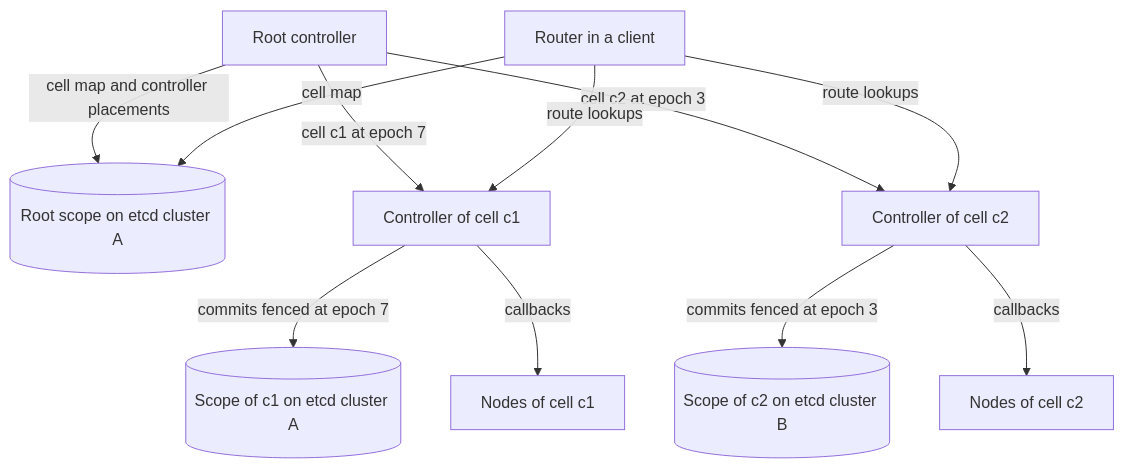
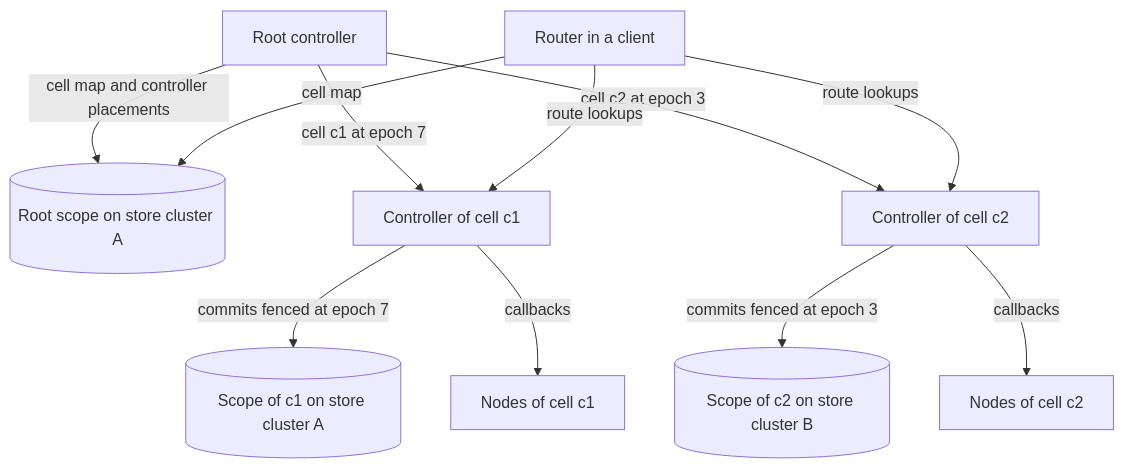
The diagram in docs/rfc/0009-horizontal-scaling-with-cells.md (thesm-os/sharder), drawn with Mermaid before and after one commit. The commit also changed other lines of this file and 8 other files, not shown here.

````diff
--- a/docs/rfc/0009-horizontal-scaling-with-cells.md
+++ b/docs/rfc/0009-horizontal-scaling-with-cells.md
@@ -74,13 +74,13 @@
 ```mermaid
 flowchart TB
-    root[Root controller] -->|cell map and controller placements| rs[(Root scope on etcd cluster A)]
+    root[Root controller] -->|cell map and controller placements| rs[(Root scope on store cluster A)]
     root -->|cell c1 at epoch 7| c1[Controller of cell c1]
     root -->|cell c2 at epoch 3| c2[Controller of cell c2]
-    c1 -->|commits fenced at epoch 7| s1[(Scope of c1 on etcd cluster A)]
-    c2 -->|commits fenced at epoch 3| s2[(Scope of c2 on etcd cluster B)]
+    c1 -->|commits fenced at epoch 7| s1[(Scope of c1 on store cluster A)]
+    c2 -->|commits fenced at epoch 3| s2[(Scope of c2 on store cluster B)]
     c1 -->|callbacks| n1[Nodes of cell c1]
     c2 -->|callbacks| n2[Nodes of cell c2]
     router[Router in a client] -->|cell map| rs
     router -->|route lookups| c1
     router -->|route lookups| c2
 ```
````
